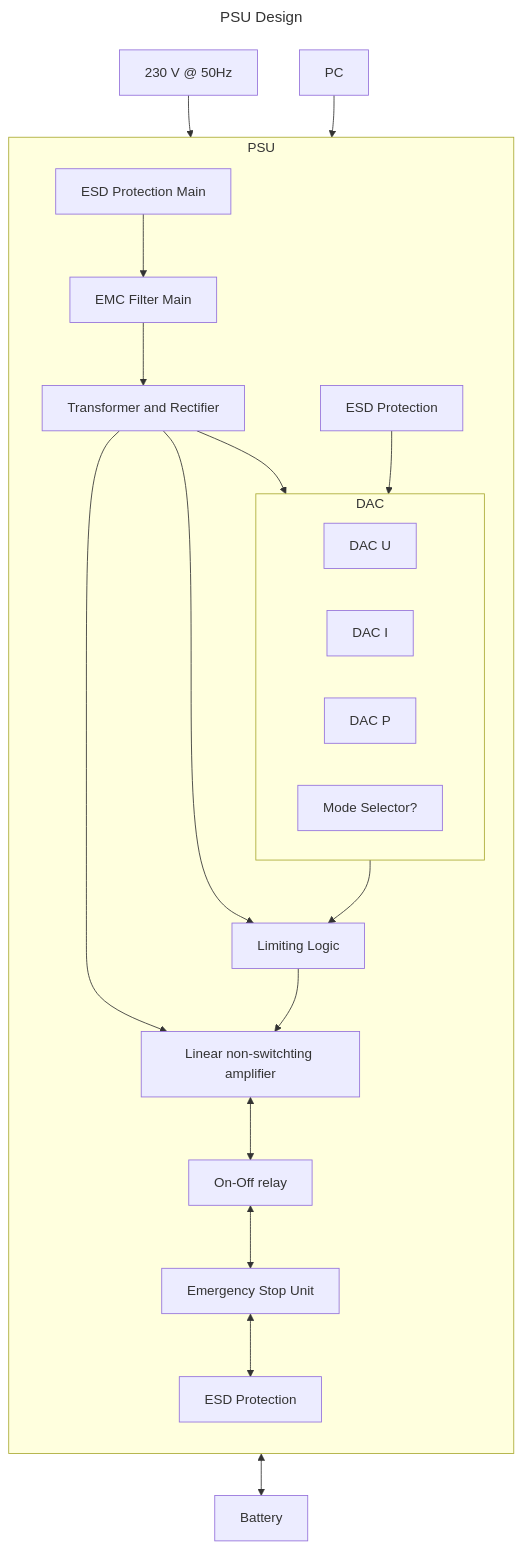
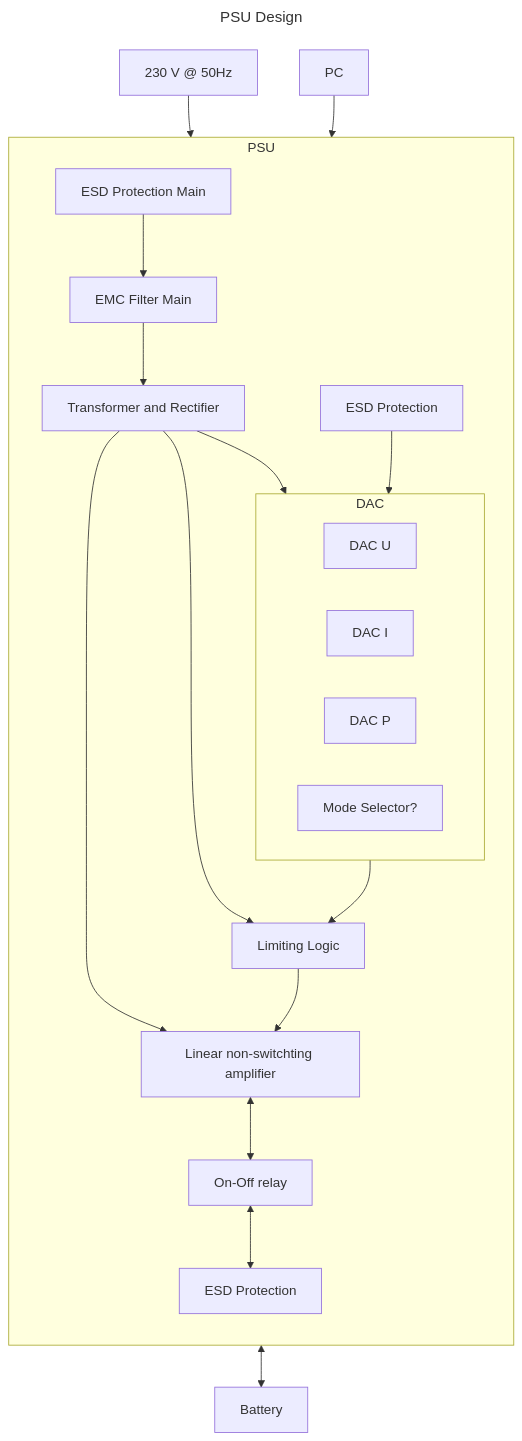
Before and after one commit to pascalguttmann/obat: the diagram in docs/arch/psu.md, drawn with Mermaid.

Commit message:
remove emergency stop unit from power supply

````diff
--- a/docs/arch/psu.md
+++ b/docs/arch/psu.md
@@ -8,33 +8,32 @@
 ```mermaid
 ---
 title: PSU Design
 ---
 flowchart TB
 pc[PC]
 main[230 V @ 50Hz]
 bat[Battery]
 
 subgraph psu[PSU]
     direction TB
     esd_in[ESD Protection]
     subgraph dac[DAC]
         dac-u[DAC U]
         dac-i[DAC I]
         dac-p[DAC P]
         dac-m[Mode Selector?]
     end
     limiter[Limiting Logic]
     amp[Linear non-switchting amplifier]
     relay[On-Off relay]
-    esu[Emergency Stop Unit]
     esd_out[ESD Protection]
 
     esd_main[ESD Protection Main]
     emc_main[EMC Filter Main]
     rect[Transformer and Rectifier]
 end
 
 main --> esd_main --> emc_main --> rect --> amp & dac & limiter
 pc --> esd_in --> dac --> limiter
-limiter --> amp <--> relay <--> esu <--> esd_out <--> bat
+limiter --> amp <--> relay <--> esd_out <--> bat
 ```
````
